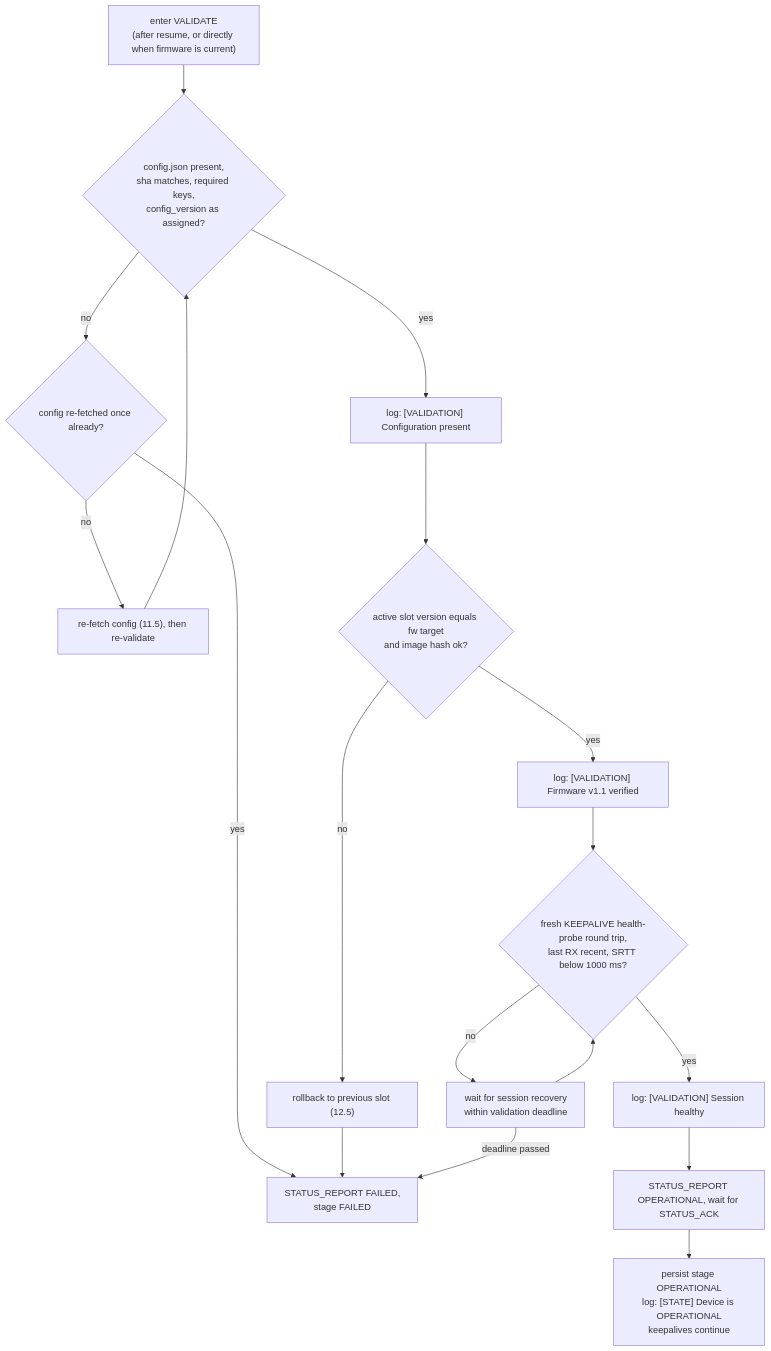
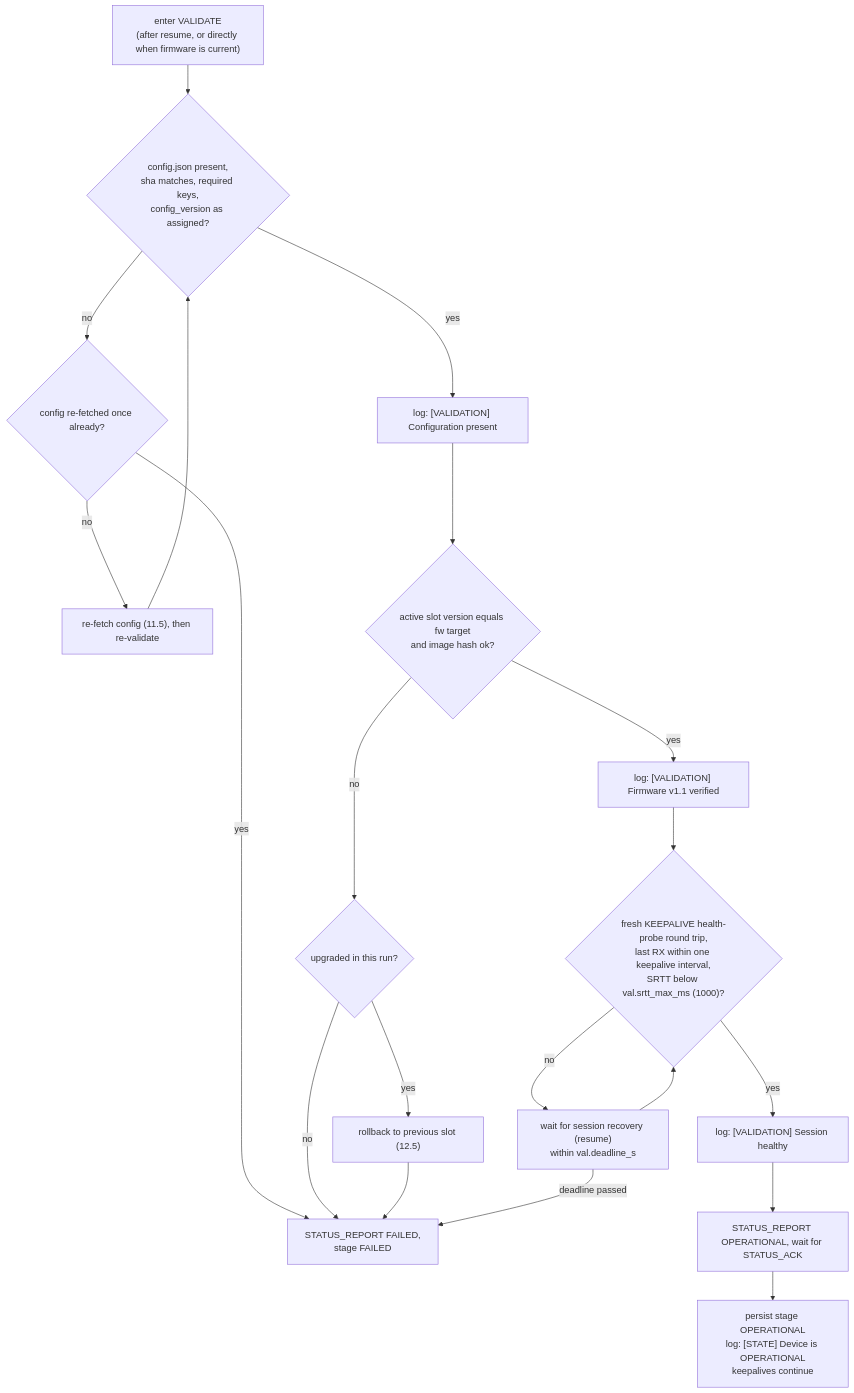
Diagram 18 of 23 in DESIGN.md (heysunilvk/ztp-project), drawn with Mermaid before and after one commit. The commit also changed other lines of this file and 2 other files, not shown here.

````diff
--- a/DESIGN.md
+++ b/DESIGN.md
@@ -1197,20 +1438,22 @@
 ```mermaid
 flowchart TD
     V0["enter VALIDATE<br/>(after resume, or directly when firmware is current)"] --> C1{"config.json present,<br/>sha matches, required keys,<br/>config_version as assigned?"}
     C1 -- no --> R1{"config re-fetched once already?"}
     R1 -- no --> RF["re-fetch config (11.5), then re-validate"]
     RF --> C1
     R1 -- yes --> FAIL["STATUS_REPORT FAILED,<br/>stage FAILED"]
     C1 -- yes --> L1["log: [VALIDATION] Configuration present"]
     L1 --> C2{"active slot version equals fw target<br/>and image hash ok?"}
-    C2 -- no --> RB["rollback to previous slot (12.5)"]
+    C2 -- no --> UP{"upgraded in this run?"}
+    UP -- yes --> RB["rollback to previous slot (12.5)"]
+    UP -- no --> FAIL
     RB --> FAIL
     C2 -- yes --> L2["log: [VALIDATION] Firmware v1.1 verified"]
-    L2 --> C3{"fresh KEEPALIVE health-probe round trip,<br/>last RX recent, SRTT below 1000 ms?"}
-    C3 -- no --> W["wait for session recovery<br/>within validation deadline"]
+    L2 --> C3{"fresh KEEPALIVE health-probe round trip,<br/>last RX within one keepalive interval,<br/>SRTT below val.srtt_max_ms (1000)?"}
+    C3 -- no --> W["wait for session recovery (resume)<br/>within val.deadline_s"]
     W --> C3
     W -- deadline passed --> FAIL
     C3 -- yes --> L3["log: [VALIDATION] Session healthy"]
     L3 --> SR["STATUS_REPORT OPERATIONAL, wait for STATUS_ACK"]
     SR --> OP["persist stage OPERATIONAL<br/>log: [STATE] Device is OPERATIONAL<br/>keepalives continue"]
 ```
````
